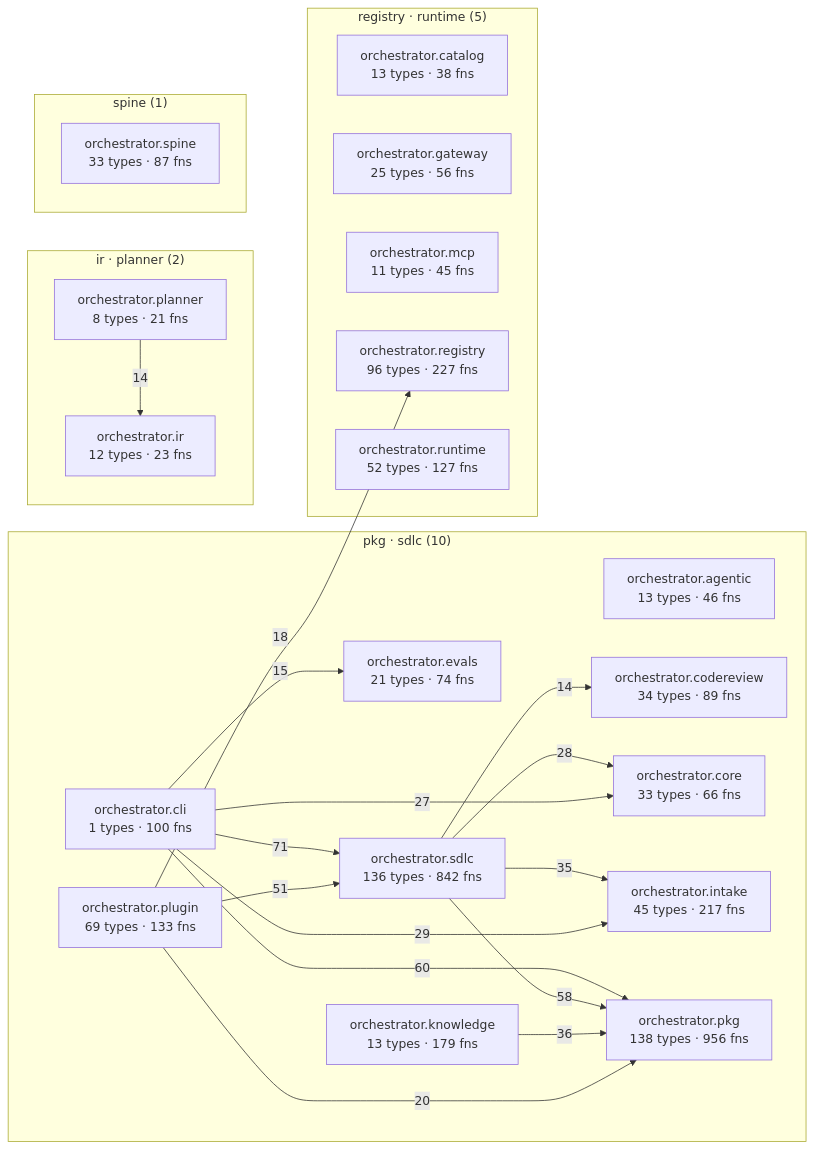
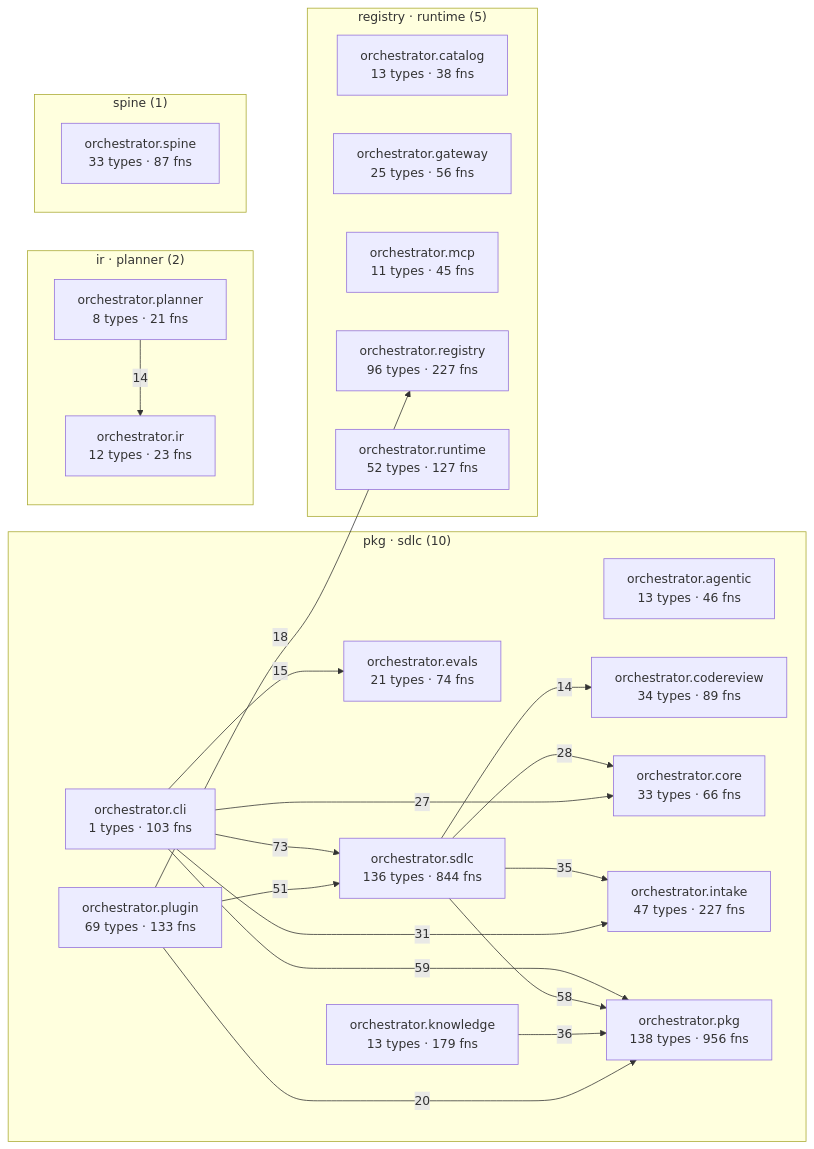
The diagram in episteme/architecture.md (palakupadhyay23/spine), drawn with Mermaid before and after one commit. The commit also changed other lines of this file and 22 other files, not shown here.

````diff
--- a/episteme/architecture.md
+++ b/episteme/architecture.md
@@ -54,43 +54,43 @@
 ```mermaid
 flowchart LR
   subgraph c_2["pkg · sdlc (10)"]
     aorchestratoragentic["orchestrator.agentic<br/>13 types · 46 fns"]
-    aorchestratorcli["orchestrator.cli<br/>1 types · 100 fns"]
+    aorchestratorcli["orchestrator.cli<br/>1 types · 103 fns"]
     aorchestratorcodereview["orchestrator.codereview<br/>34 types · 89 fns"]
     aorchestratorcore["orchestrator.core<br/>33 types · 66 fns"]
     aorchestratorevals["orchestrator.evals<br/>21 types · 74 fns"]
-    aorchestratorintake["orchestrator.intake<br/>45 types · 217 fns"]
+    aorchestratorintake["orchestrator.intake<br/>47 types · 227 fns"]
     aorchestratorknowledge["orchestrator.knowledge<br/>13 types · 179 fns"]
     aorchestratorpkg["orchestrator.pkg<br/>138 types · 956 fns"]
     aorchestratorplugin["orchestrator.plugin<br/>69 types · 133 fns"]
-    aorchestratorsdlc["orchestrator.sdlc<br/>136 types · 842 fns"]
+    aorchestratorsdlc["orchestrator.sdlc<br/>136 types · 844 fns"]
   end
   subgraph c_4["registry · runtime (5)"]
     aorchestratorcatalog["orchestrator.catalog<br/>13 types · 38 fns"]
     aorchestratorgateway["orchestrator.gateway<br/>25 types · 56 fns"]
     aorchestratormcp["orchestrator.mcp<br/>11 types · 45 fns"]
     aorchestratorregistry["orchestrator.registry<br/>96 types · 227 fns"]
     aorchestratorruntime["orchestrator.runtime<br/>52 types · 127 fns"]
   end
   subgraph c_7["ir · planner (2)"]
     aorchestratorir["orchestrator.ir<br/>12 types · 23 fns"]
     aorchestratorplanner["orchestrator.planner<br/>8 types · 21 fns"]
   end
   subgraph c_12["spine (1)"]
     aorchestratorspine["orchestrator.spine<br/>33 types · 87 fns"]
   end
-  aorchestratorcli -->|71| aorchestratorsdlc
-  aorchestratorcli -->|60| aorchestratorpkg
+  aorchestratorcli -->|73| aorchestratorsdlc
+  aorchestratorcli -->|59| aorchestratorpkg
   aorchestratorsdlc -->|58| aorchestratorpkg
   aorchestratorplugin -->|51| aorchestratorsdlc
   aorchestratorknowledge -->|36| aorchestratorpkg
   aorchestratorsdlc -->|35| aorchestratorintake
-  aorchestratorcli -->|29| aorchestratorintake
+  aorchestratorcli -->|31| aorchestratorintake
   aorchestratorsdlc -->|28| aorchestratorcore
   aorchestratorcli -->|27| aorchestratorcore
   aorchestratorplugin -->|20| aorchestratorpkg
   aorchestratorplugin -->|18| aorchestratorregistry
   aorchestratorcli -->|15| aorchestratorevals
   aorchestratorplanner -->|14| aorchestratorir
   aorchestratorsdlc -->|14| aorchestratorcodereview
 ```
````
